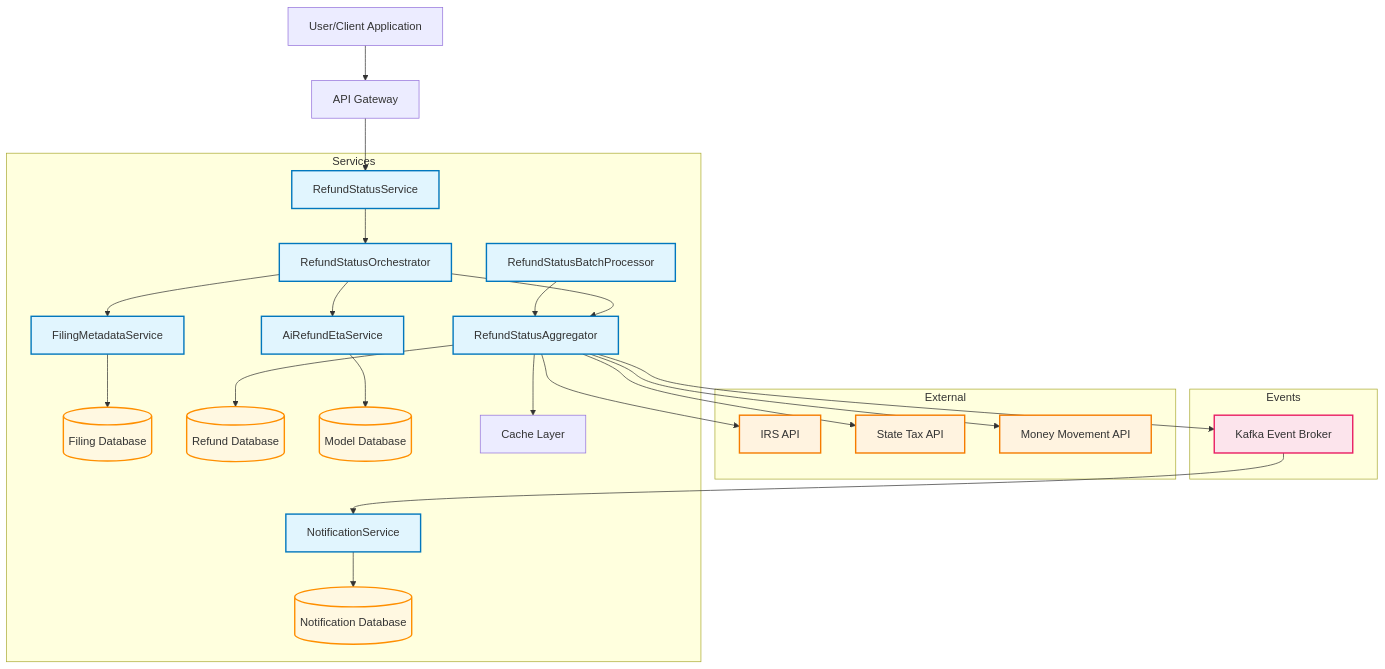
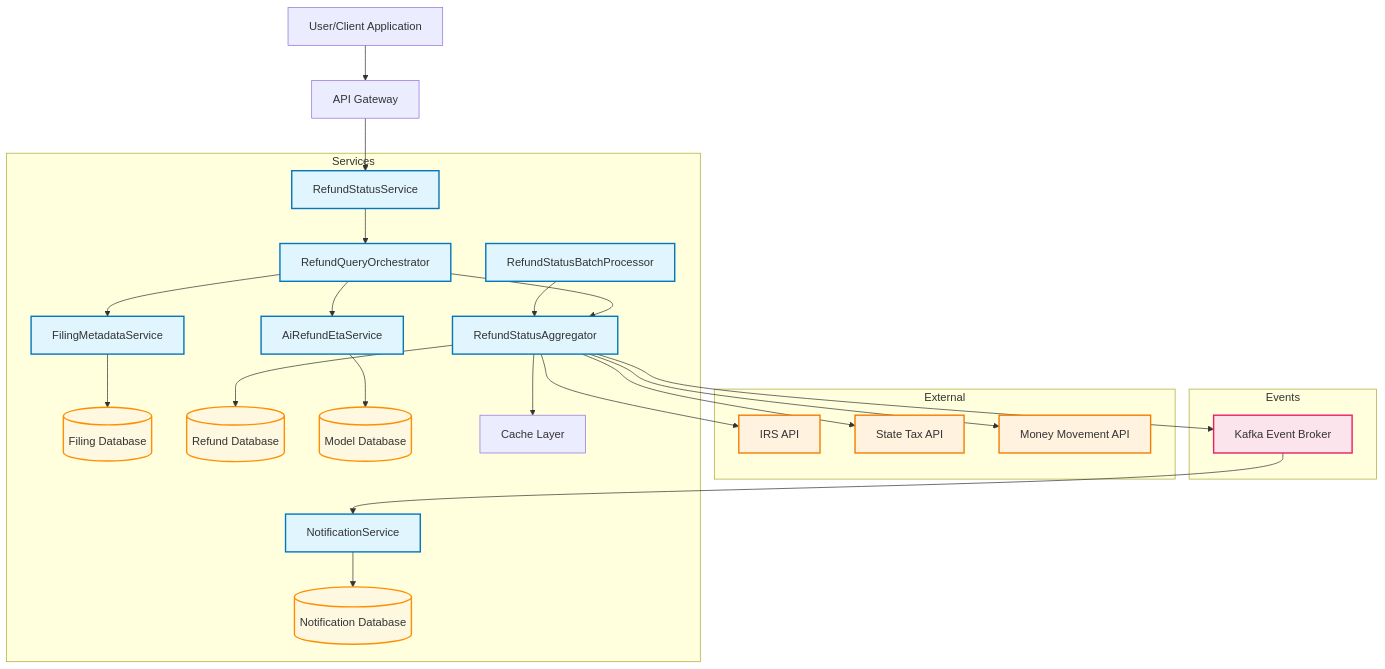
One commit to gargmanojk/intuit changed the first of 2 diagrams in architecture-diagram.md. Above: the diagram before and after it, drawn with Mermaid. The commit also changed other lines of this file and 5 other files, not shown here.

Commit message:
feat: Refactor refund query service by renaming orchestrator and controller classes, and updating architecture documentation

````diff
--- a/architecture-diagram.md
+++ b/architecture-diagram.md
@@ -14,68 +14,68 @@
 ```mermaid
 graph TB
     User[User/Client Application]
     Gateway[API Gateway]
     
     User --> Gateway
     Gateway --> RSS
     
     subgraph Services
         RSS[RefundStatusService]
-        RSO[RefundStatusOrchestrator]
+        RSO[RefundQueryOrchestrator]
         FMS[FilingMetadataService]
         RSA[RefundStatusAggregator]
         AES[AiRefundEtaService]
         RBS[RefundStatusBatchProcessor]
         NS[NotificationService]
         
         FilingDB[(Filing Database)]
         RefundDB[(Refund Database)]
         ModelDB[(Model Database)]
         NotificationDB[(Notification Database)]
         Cache[Cache Layer]
     end
     
     subgraph External
         IRS[IRS API]
         StateTax[State Tax API]
         MoneyMvmt[Money Movement API]
     end
     
     subgraph Events
         Kafka[Kafka Event Broker]
     end
     
     %% Service connections
     RSS --> RSO
     RSO --> FMS
     RSO --> RSA
     RSO --> AES
     RBS --> RSA
     
     %% Database connections
     FMS --> FilingDB
     RSA --> RefundDB
     AES --> ModelDB
     NS --> NotificationDB
     RSA --> Cache
     
     %% External API connections
     RSA --> IRS
     RSA --> StateTax
     RSA --> MoneyMvmt
     
     %% Event connections
     RSA --> Kafka
     Kafka --> NS
     
     %% Styling
     classDef service fill:#e1f5fe,stroke:#0277bd,stroke-width:2px
     classDef database fill:#fff8e1,stroke:#ff8f00,stroke-width:2px
     classDef external fill:#fff3e0,stroke:#f57c00,stroke-width:2px
     classDef event fill:#fce4ec,stroke:#e91e63,stroke-width:2px
     
     class RSS,RSO,FMS,RSA,AES,RBS,NS service
     class FilingDB,RefundDB,ModelDB,NotificationDB database
     class IRS,StateTax,MoneyMvmt external
     class Kafka event
 ```
````
